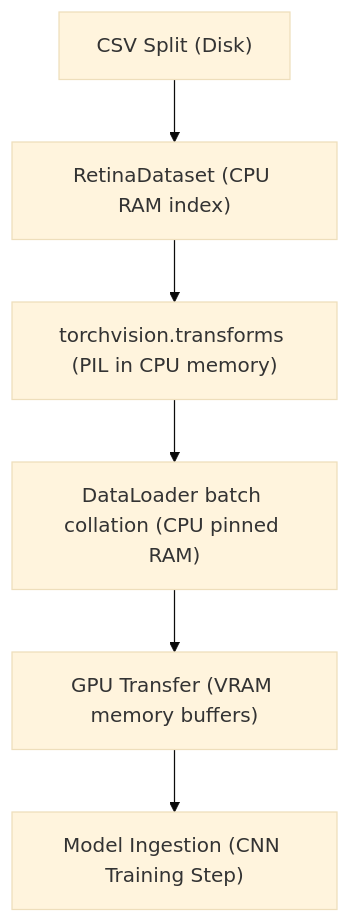
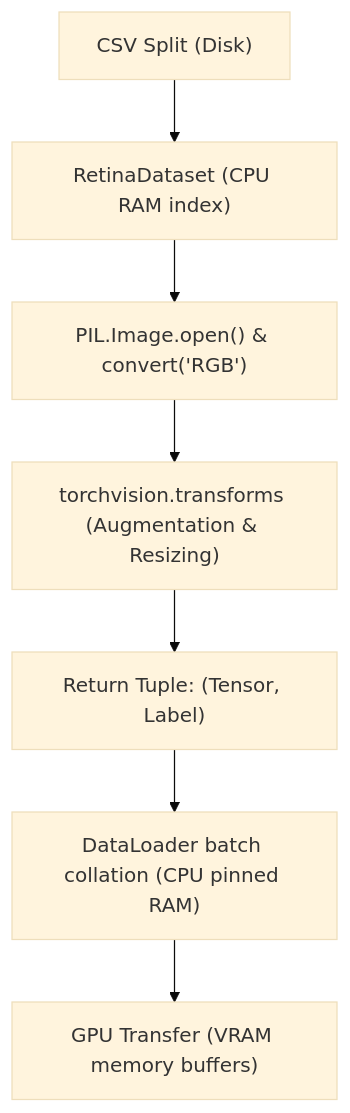
Before and after one commit to Dr-Venom29/FusionMedAI: the second of 2 diagrams in research/Volume_02_Data_Pipeline/03_Dataset_Implementation.md, drawn with Mermaid (base theme). The commit also changed other lines of this file and 58 other files, not shown here.

````diff
--- a/research/Volume_02_Data_Pipeline/03_Dataset_Implementation.md
+++ b/research/Volume_02_Data_Pipeline/03_Dataset_Implementation.md
@@ -36,8 +24,9 @@
 ```mermaid
 graph TD
     CSV["CSV Split (Disk)"] --> Dataset["RetinaDataset (CPU RAM index)"]
-    Dataset --> Transforms["torchvision.transforms (PIL in CPU memory)"]
-    Transforms --> DataLoader["DataLoader batch collation (CPU pinned RAM)"]
+    Dataset --> PIL["PIL.Image.open() & convert('RGB')"]
+    PIL --> Transforms["torchvision.transforms (Augmentation & Resizing)"]
+    Transforms --> Tensor["Return Tuple: (Tensor, Label)"]
+    Tensor --> DataLoader["DataLoader batch collation (CPU pinned RAM)"]
     DataLoader --> GPU["GPU Transfer (VRAM memory buffers)"]
-    GPU --> Model["Model Ingestion (CNN Training Step)"]
 ```
````
